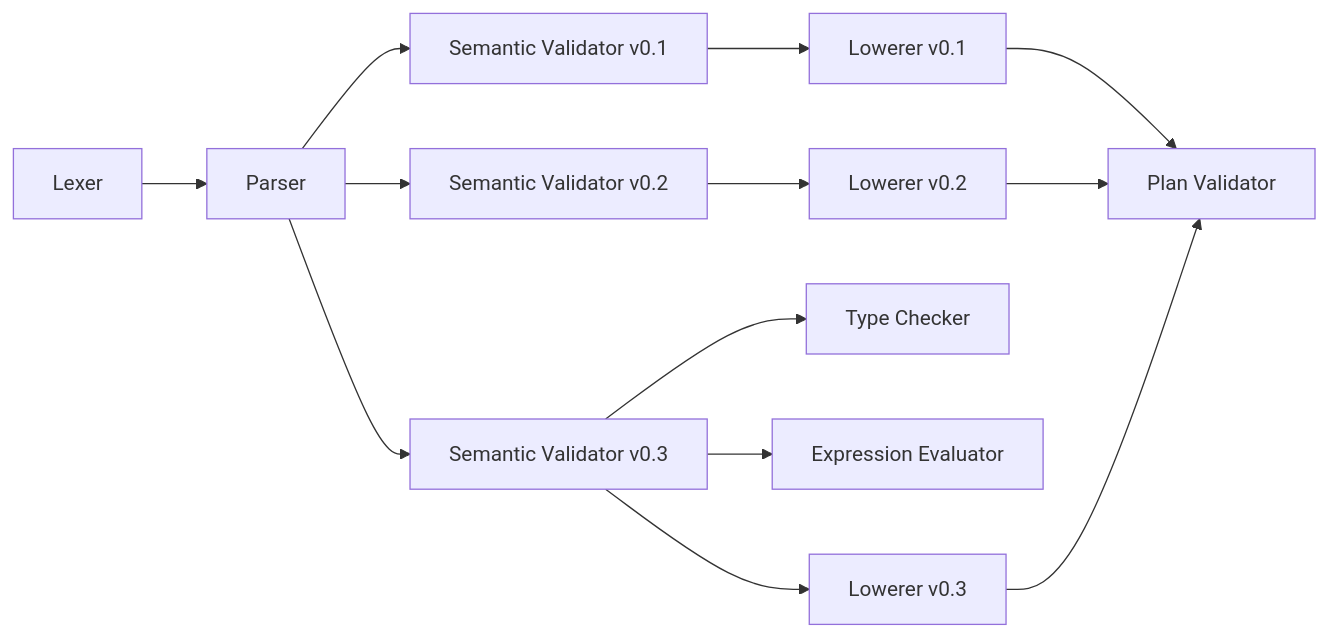
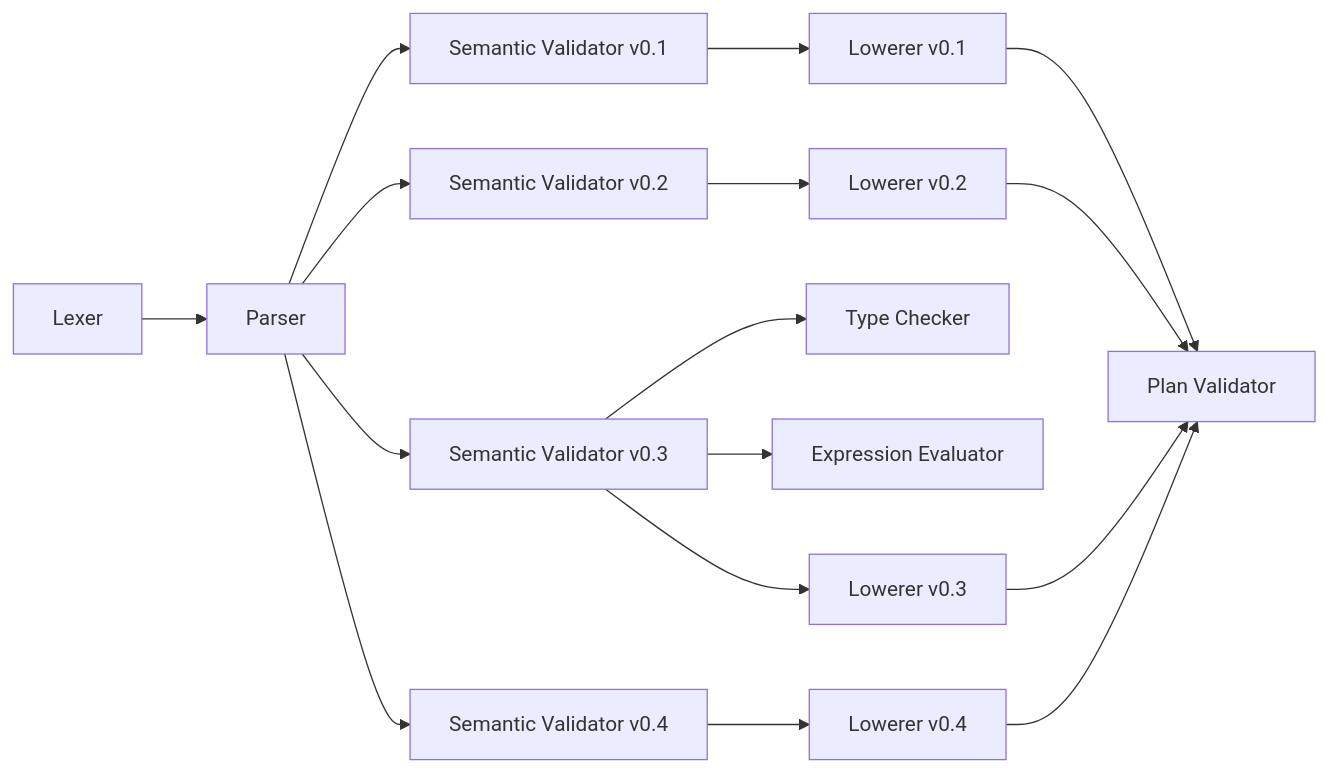
Before and after one commit to ahmednour1430464/dotdevops: diagram 12 of 12 in .qoder/repowiki/en/content/.devops Language Reference/Validation Rules and Constraints.md, drawn with Mermaid. The commit also changed other lines of this file and 3 other files, not shown here.

````diff
--- a/.qoder/repowiki/en/content/.devops Language Reference/Validation Rules and Constraints.md
+++ b/.qoder/repowiki/en/content/.devops Language Reference/Validation Rules and Constraints.md
@@ -593,15 +805,18 @@
 ```mermaid
 graph LR
 LEX["Lexer"] --> PARSE["Parser"]
 PARSE --> SEMVAL01["Semantic Validator v0.1"]
 PARSE --> SEMVAL02["Semantic Validator v0.2"]
 PARSE --> SEMVAL03["Semantic Validator v0.3"]
+PARSE --> SEMVAL04["Semantic Validator v0.4"]
 SEMVAL03 --> TYPECHECK["Type Checker"]
 SEMVAL03 --> EXPRVAL["Expression Evaluator"]
 SEMVAL01 --> LOWER01["Lowerer v0.1"]
 SEMVAL02 --> LOWER02["Lowerer v0.2"]
 SEMVAL03 --> LOWER03["Lowerer v0.3"]
+SEMVAL04 --> LOWER04["Lowerer v0.4"]
 LOWER01 --> IRVAL["Plan Validator"]
 LOWER02 --> IRVAL
 LOWER03 --> IRVAL
+LOWER04 --> IRVAL
 ```
````
